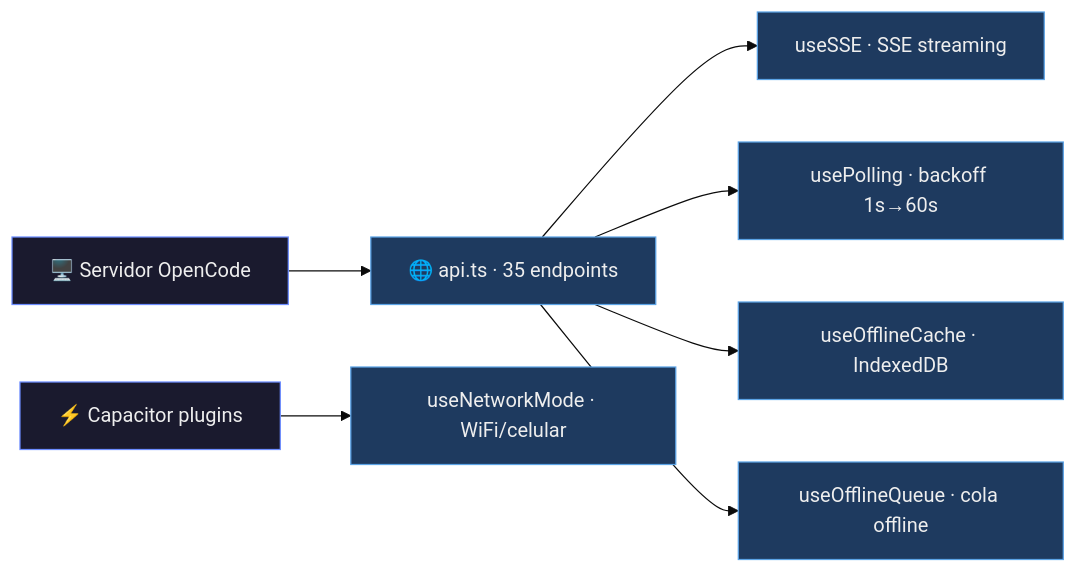
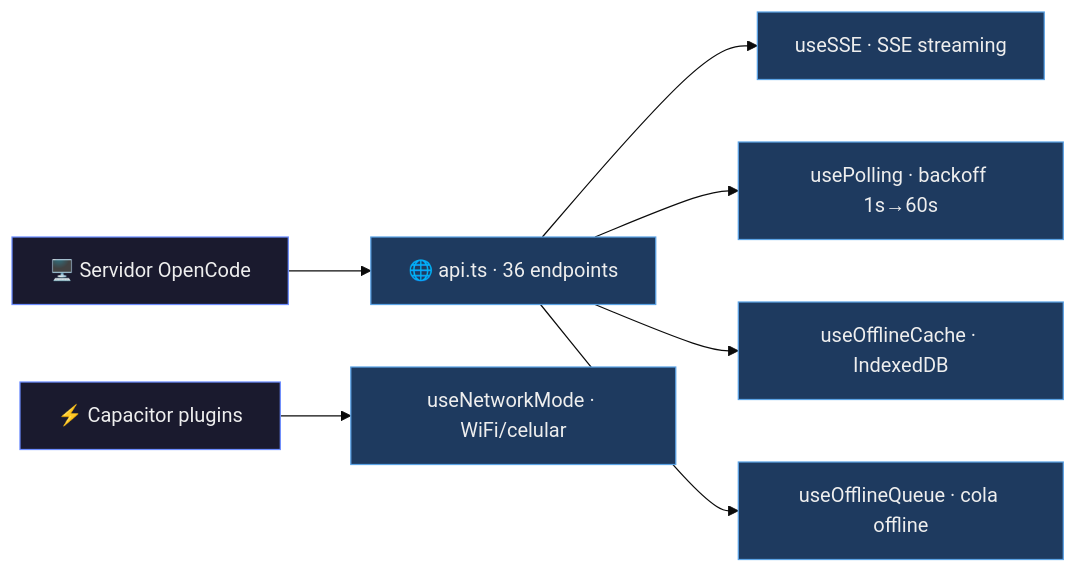
One commit to Owning01/Openher changed the first of 4 diagrams in CATALOGO.md. Above: the diagram before and after it, drawn with Mermaid (base theme). The commit also changed other lines of this file and 2 other files, not shown here.

Commit message:
docs: update README, CATALOGO and project-knowledge (57 components, 32 hooks, 36 endpoints, thinking level, server profiles, TUI duration)

````diff
--- a/CATALOGO.md
+++ b/CATALOGO.md
@@ -365,18 +391,18 @@
 ```mermaid
 flowchart LR
     classDef infra fill:#1a1a2e,stroke:#6c8cff,color:#eee
     classDef transport fill:#1e3a5f,stroke:#5ba3e6,color:#eee
     S["🖥️ Servidor OpenCode"]
-    A["🌐 api.ts · 35 endpoints"]
+    A["🌐 api.ts · 36 endpoints"]
     Cap["⚡ Capacitor plugins"]
     SSE["useSSE · SSE streaming"]
     Poll["usePolling · backoff 1s→60s"]
     Cache["useOfflineCache · IndexedDB"]
     Queue["useOfflineQueue · cola offline"]
     Net["useNetworkMode · WiFi/celular"]
     S --> A
     A --> SSE & Poll & Cache & Queue
     Cap --> Net
     class S,Cap infra
     class A,SSE,Poll,Cache,Queue,Net transport
 ```
````
